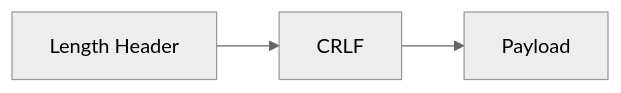
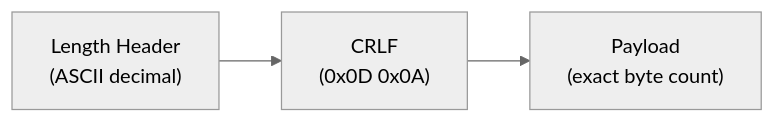
One commit to Gagan2004bansal/KVMemo changed the second of 4 diagrams in docs/PROTOCOL.md. Above: the diagram before and after it, drawn with Mermaid (neutral theme). The commit also changed other lines of this file, not shown here.

````diff
--- a/docs/PROTOCOL.md
+++ b/docs/PROTOCOL.md
@@ -64,5 +173,9 @@
 ```mermaid
 flowchart LR
-    A[Length Header] --> B[CRLF]
-    B --> C[Payload]
+    A["Length Header<br/>(ASCII decimal)"]
+    B["CRLF<br/>(0x0D 0x0A)"]
+    C["Payload<br/>(exact byte count)"]
+    
+    A --> B
+    B --> C
 ```
````
